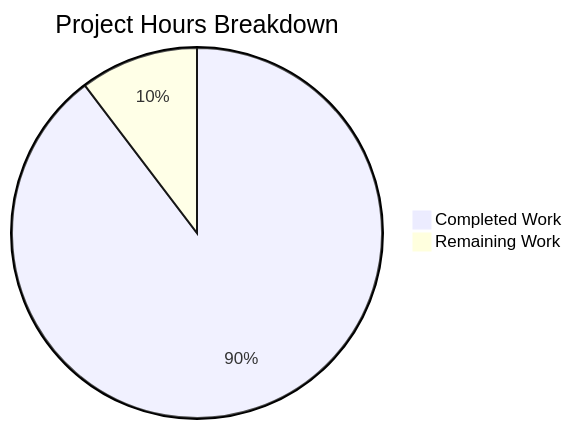
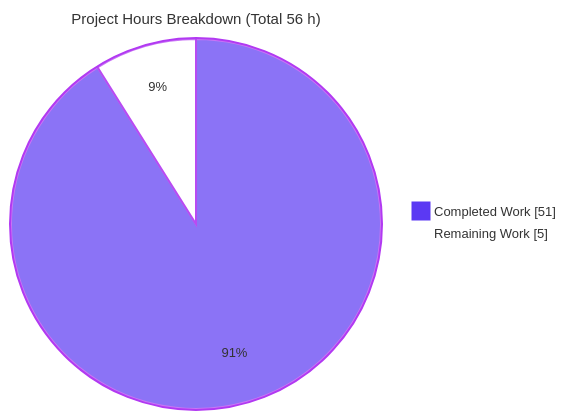
Before and after one commit to hardik-blitzy/react-todo-app: the second of 3 diagrams in blitzy/documentation/Project Guide.md, drawn with Mermaid. The commit also changed other lines of this file, not shown here.

Commit message:
Adding Blitzy Project Guide: Project Status and Human Tasks Remaining

````diff
--- a/blitzy/documentation/Project Guide.md
+++ b/blitzy/documentation/Project Guide.md
@@ -188,5 +200,7 @@
 ```mermaid
-pie title Project Hours Breakdown
-    "Completed Work" : 52
-    "Remaining Work" : 6
+%%{init: {'theme':'base','themeVariables':{'pie1':'#5B39F3','pie2':'#FFFFFF','pieStrokeColor':'#B23AF2','pieStrokeWidth':'2px','pieOuterStrokeWidth':'2px','pieOuterStrokeColor':'#B23AF2','pieTitleTextSize':'15px','pieSectionTextSize':'13px','pieLegendTextSize':'13px'}}}%%
+pie showData
+    title Project Hours Breakdown (Total 56 h)
+    "Completed Work" : 51
+    "Remaining Work" : 5
 ```
````
